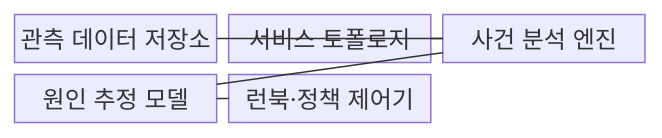
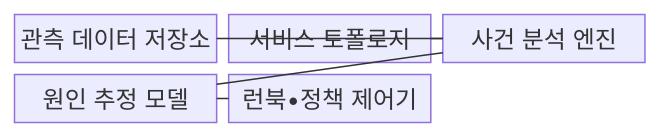
One commit to agnusdei1207/knowledge-base changed the first of 2 diagrams in src/content/docs/notes/08-latest-tech/130_aiops.md. Above: the diagram before and after it, drawn with Mermaid. The commit also changed other lines of this file and 953 other files, not shown here.

````diff
--- a/src/content/docs/notes/08-latest-tech/130_aiops.md
+++ b/src/content/docs/notes/08-latest-tech/130_aiops.md
@@ -70,13 +70,13 @@
 ```mermaid
 block-beta
   columns 3
   telemetry["관측 데이터 저장소"]
   topology["서비스 토폴로지"]
   incident["사건 분석 엔진"]
   cause["원인 추정 모델"]
-  runbook["런북·정책 제어기"]
+  runbook["런북•정책 제어기"]
   telemetry --- incident
   topology --- incident
   incident --- cause
   cause --- runbook
 ```
````
